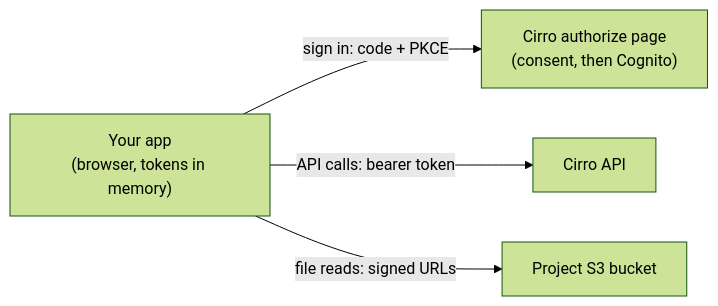
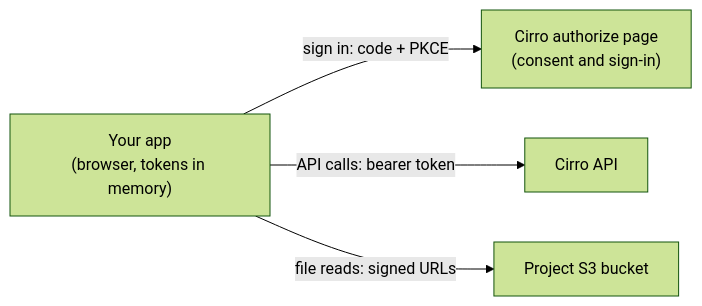
Before and after one commit to CirroBio/Cirro-app-kit: the diagram in docs/architecture.md, drawn with Mermaid (forest theme). The commit also changed 8 other files, not shown here.

````diff
--- a/docs/architecture.md
+++ b/docs/architecture.md
@@ -9,10 +9,10 @@
 ```mermaid
 flowchart LR
   app["Your app<br/>(browser, tokens in memory)"]
-  authorize["Cirro authorize page<br/>(consent, then Cognito)"]
+  authorize["Cirro authorize page<br/>(consent and sign-in)"]
   api["Cirro API"]
   s3["Project S3 bucket"]
   app -- "sign in: code + PKCE" --> authorize
   app -- "API calls: bearer token" --> api
   app -- "file reads: signed URLs" --> s3
 ```
````
